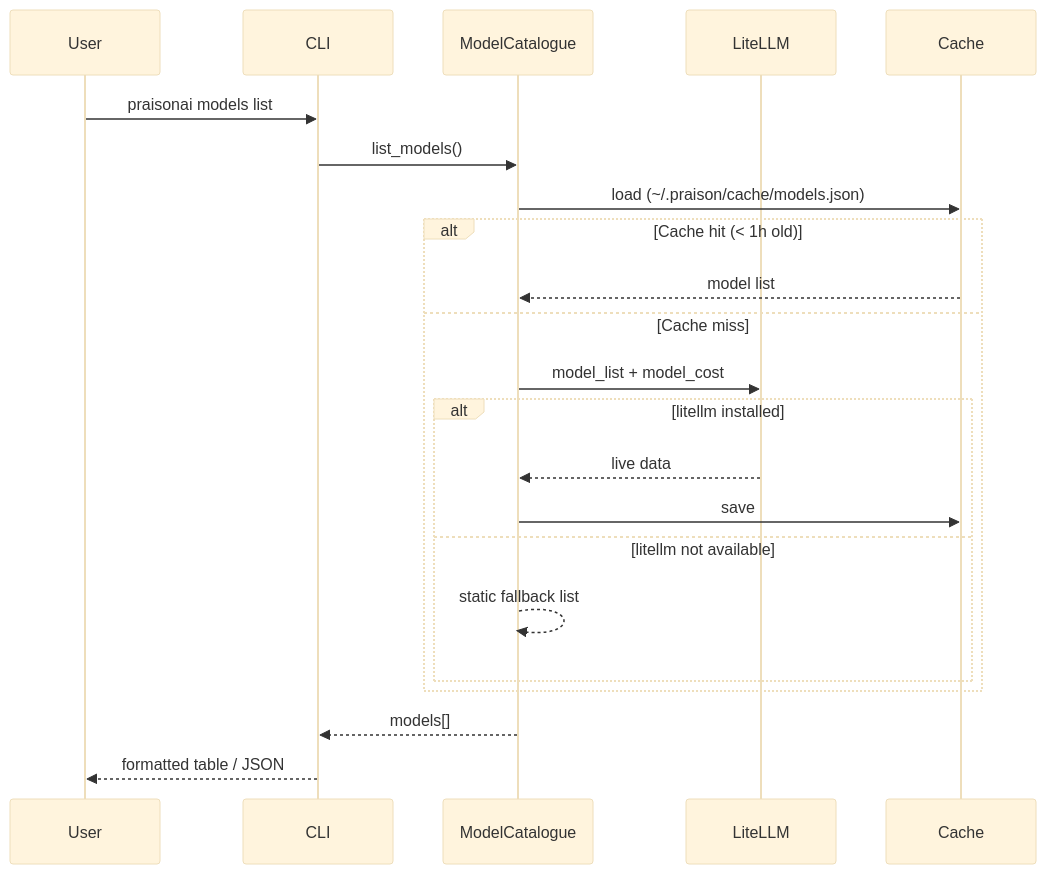
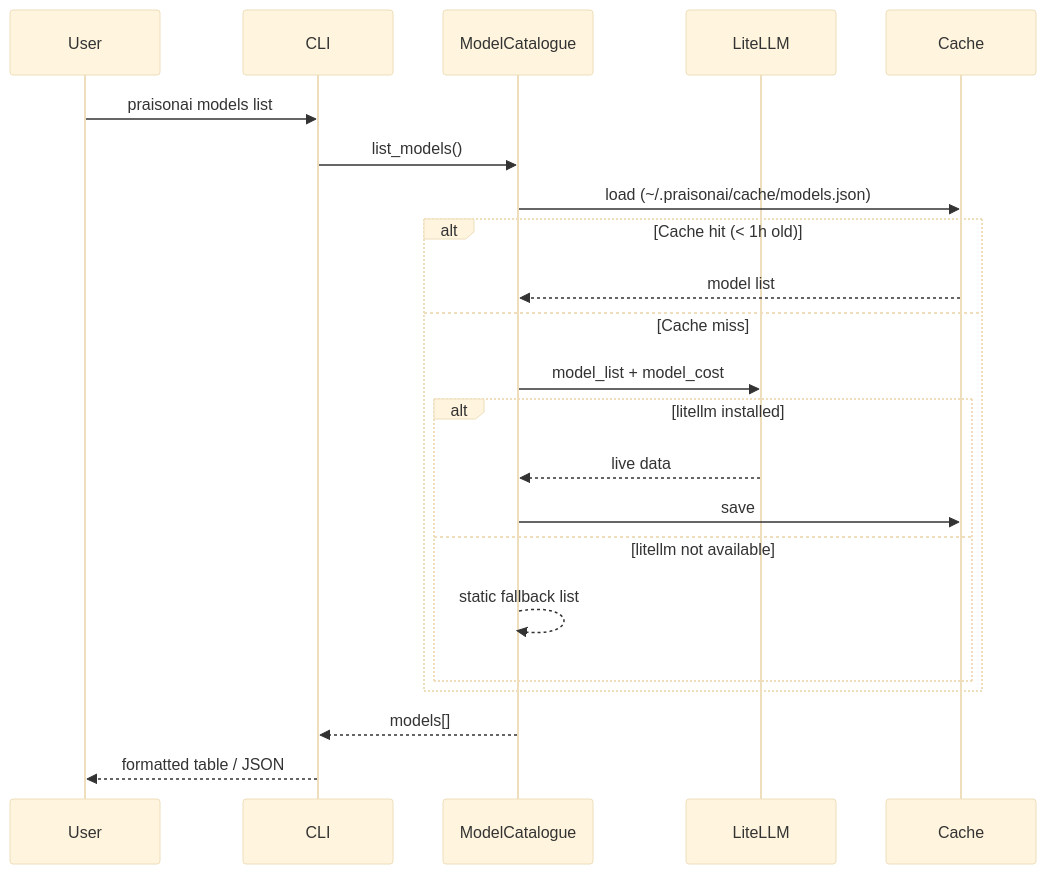
Before and after one commit to MervinPraison/PraisonAIDocs: the second of 3 diagrams in docs/features/models-cli.mdx, drawn with Mermaid (base theme). The commit also changed other lines of this file and 11 other files, not shown here.

````diff
--- a/docs/features/models-cli.mdx
+++ b/docs/features/models-cli.mdx
@@ -157,25 +157,25 @@
 ```mermaid
 sequenceDiagram
     participant User
     participant CLI
     participant ModelCatalogue
     participant LiteLLM
     participant Cache
 
     User->>CLI: praisonai models list
     CLI->>ModelCatalogue: list_models()
-    ModelCatalogue->>Cache: load (~/.praison/cache/models.json)
+    ModelCatalogue->>Cache: load (~/.praisonai/cache/models.json)
     alt Cache hit (< 1h old)
         Cache-->>ModelCatalogue: model list
     else Cache miss
         ModelCatalogue->>LiteLLM: model_list + model_cost
         alt litellm installed
             LiteLLM-->>ModelCatalogue: live data
             ModelCatalogue->>Cache: save
         else litellm not available
             ModelCatalogue-->>ModelCatalogue: static fallback list
         end
     end
     ModelCatalogue-->>CLI: models[]
     CLI-->>User: formatted table / JSON
 ```
````
